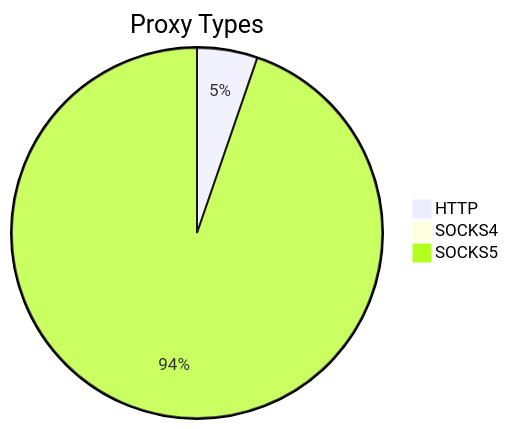
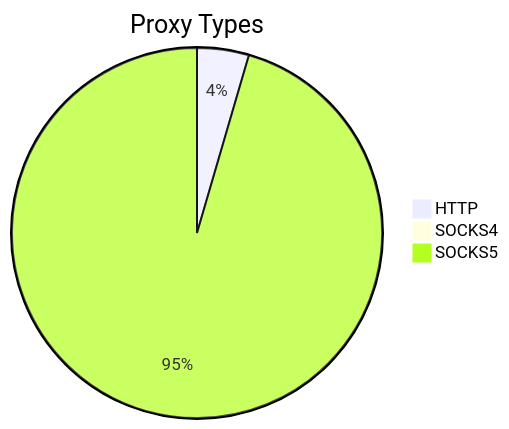
The first of 2 diagrams in README.md (stormsia/proxy-list), drawn with Mermaid before and after one commit. The commit also changed other lines of this file, not shown here.

````diff
--- a/README.md
+++ b/README.md
@@ -21,6 +21,6 @@
 ```mermaid
 pie title Proxy Types
-    "HTTP" : 209
-    "SOCKS4" : 38
-    "SOCKS5" : 3749
+    "HTTP" : 150
+    "SOCKS4" : 16
+    "SOCKS5" : 3169
 ```
````
